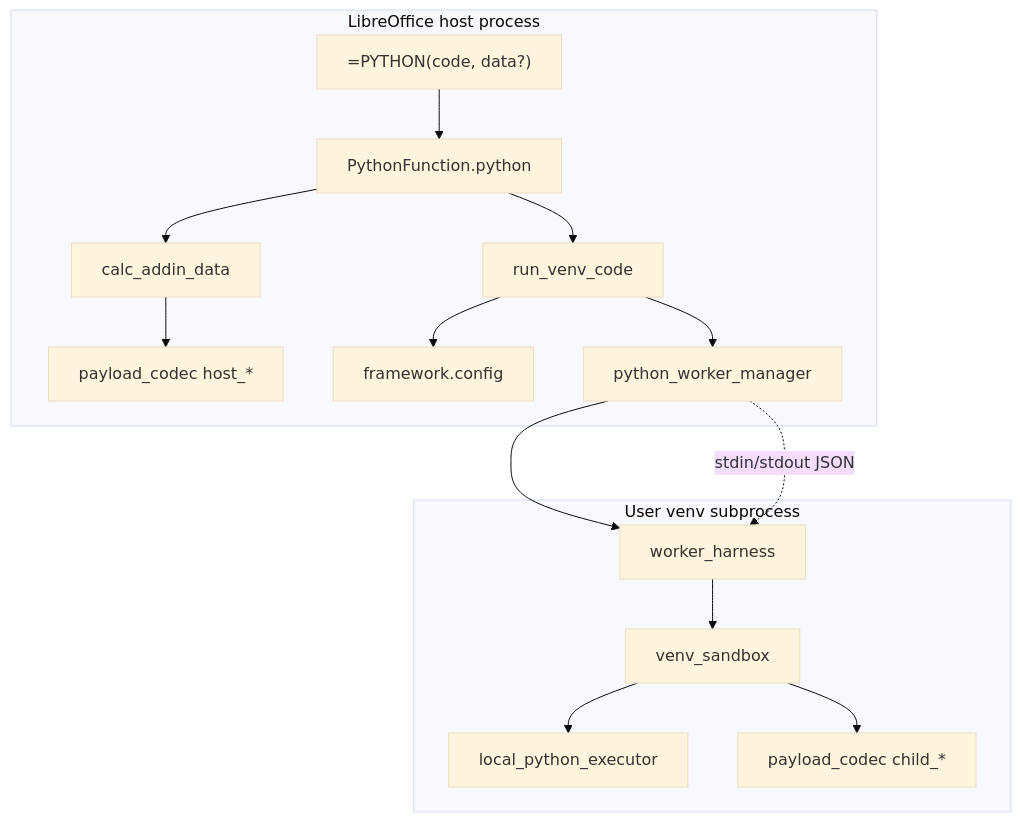
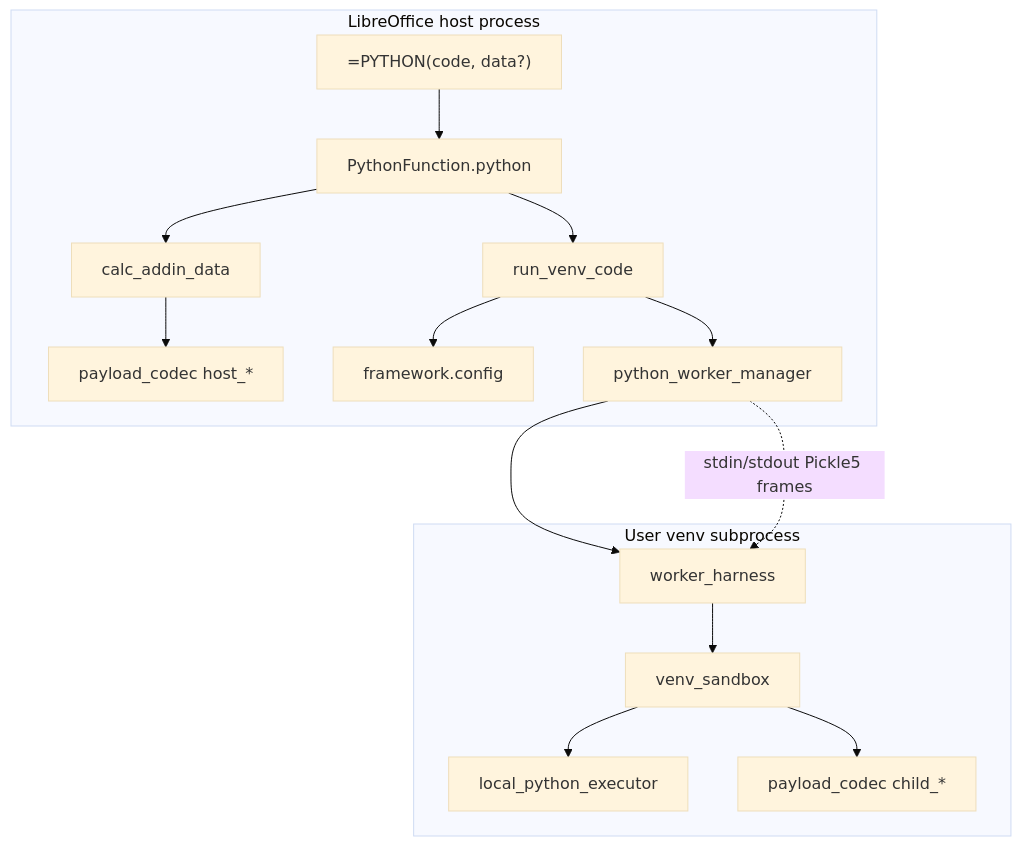
The first of 4 diagrams in docs/libreoffice-core-python-extension-split.md (KeithCu/writeragent), drawn with Mermaid (base theme) before and after one commit. The commit also changed other lines of this file and 21 other files, not shown here.

````diff
--- a/docs/libreoffice-core-python-extension-split.md
+++ b/docs/libreoffice-core-python-extension-split.md
@@ -30,23 +30,23 @@
 ```mermaid
 flowchart TB
   subgraph loHost [LibreOffice host process]
     PY["=PYTHON(code, data?)"]
     PF[PythonFunction.python]
     CAD[calc_addin_data]
     PC[payload_codec host_*]
     RVC[run_venv_code]
     CFG[framework.config]
     PWM[python_worker_manager]
   end
   subgraph child [User venv subprocess]
     WH[worker_harness]
     VS[venv_sandbox]
     LPE[local_python_executor]
     PC2[payload_codec child_*]
   end
   PY --> PF --> CAD --> PC
   PF --> RVC --> CFG
   RVC --> PWM --> WH --> VS --> LPE
   VS --> PC2
-  PWM -.->|stdin/stdout JSON| WH
+  PWM -.->|stdin/stdout Pickle5 frames| WH
 ```
````
